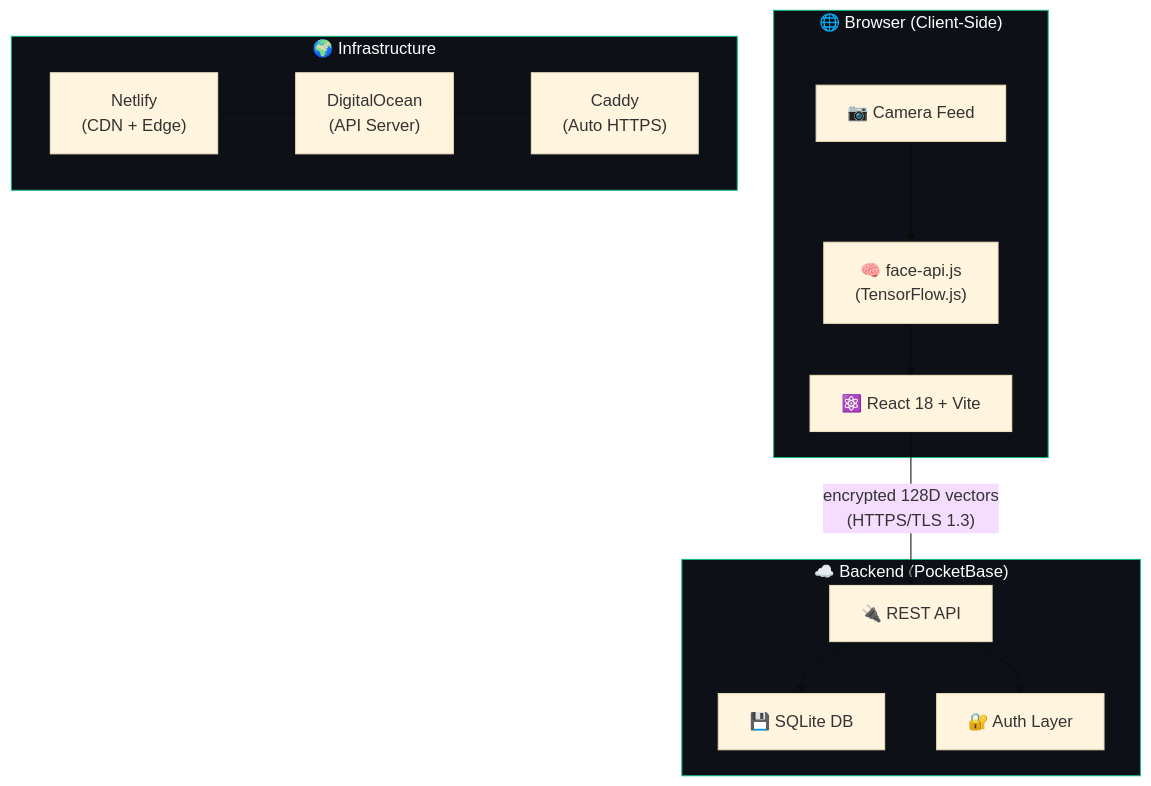
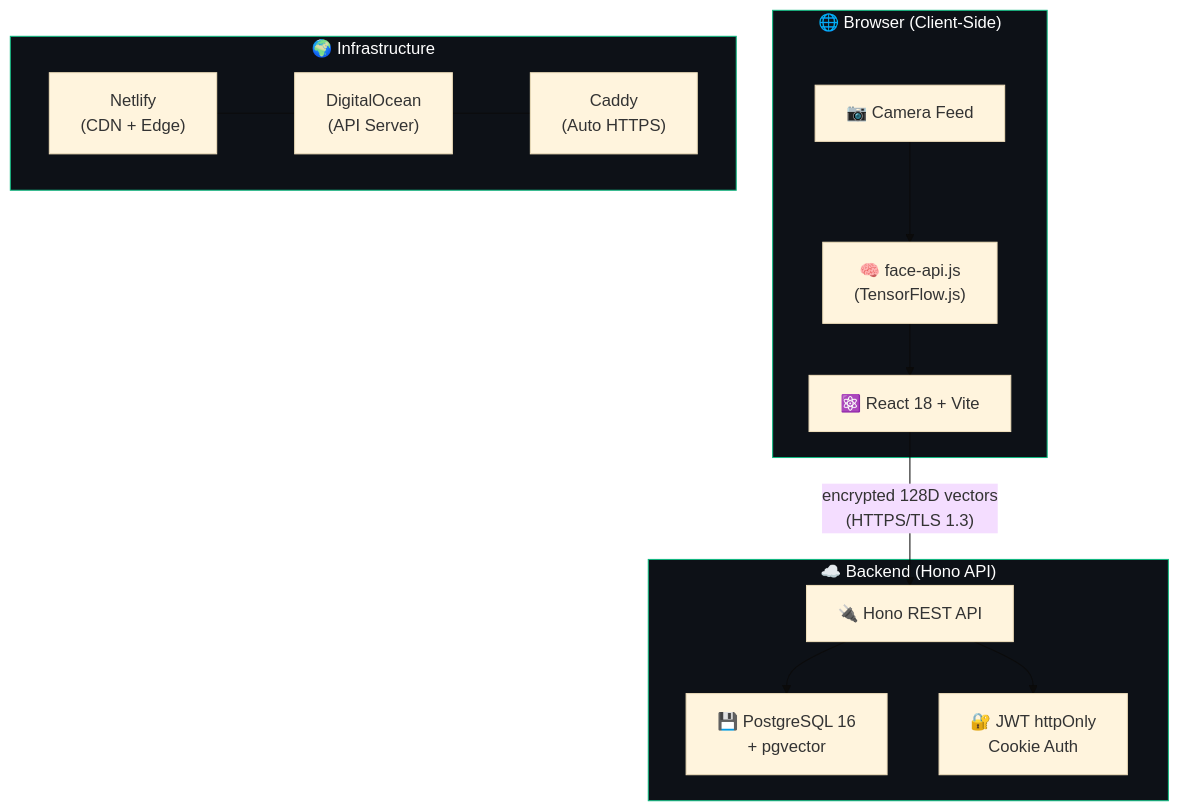
Before and after one commit to ever-just/facesmash.app: the second of 2 diagrams in README.md, drawn with Mermaid (base theme). The commit also changed other lines of this file and 3 other files, not shown here.

First line of the commit message:
docs: update internal docs for v2.0.0 — PocketBase → Hono API + PostgreSQL + pgvector

````diff
--- a/README.md
+++ b/README.md
@@ -184,32 +184,32 @@
 ```mermaid
 graph TB
     subgraph Client ["🌐 Browser (Client-Side)"]
         CAM["📷 Camera Feed"]
         FAPI["🧠 face-api.js\n(TensorFlow.js)"]
         REACT["⚛️ React 18 + Vite"]
         CAM --> FAPI
         FAPI --> REACT
     end
 
-    subgraph Backend ["☁️ Backend (PocketBase)"]
-        API["🔌 REST API"]
-        DB["💾 SQLite DB"]
-        AUTH["🔐 Auth Layer"]
+    subgraph Backend ["☁️ Backend (Hono API)"]
+        API["🔌 Hono REST API"]
+        DB["💾 PostgreSQL 16\n+ pgvector"]
+        AUTH["🔐 JWT httpOnly\nCookie Auth"]
         API --> DB
         API --> AUTH
     end
 
     REACT -->|"encrypted 128D vectors\n(HTTPS/TLS 1.3)"| API
 
     subgraph Hosting ["🌍 Infrastructure"]
         NET["Netlify\n(CDN + Edge)"]
         DO["DigitalOcean\n(API Server)"]
         CADDY["Caddy\n(Auto HTTPS)"]
         NET --- DO
         DO --- CADDY
     end
 
     style Client fill:#0D1117,stroke:#10B981,color:#fff
     style Backend fill:#0D1117,stroke:#10B981,color:#fff
     style Hosting fill:#0D1117,stroke:#10B981,color:#fff
 ```
````
